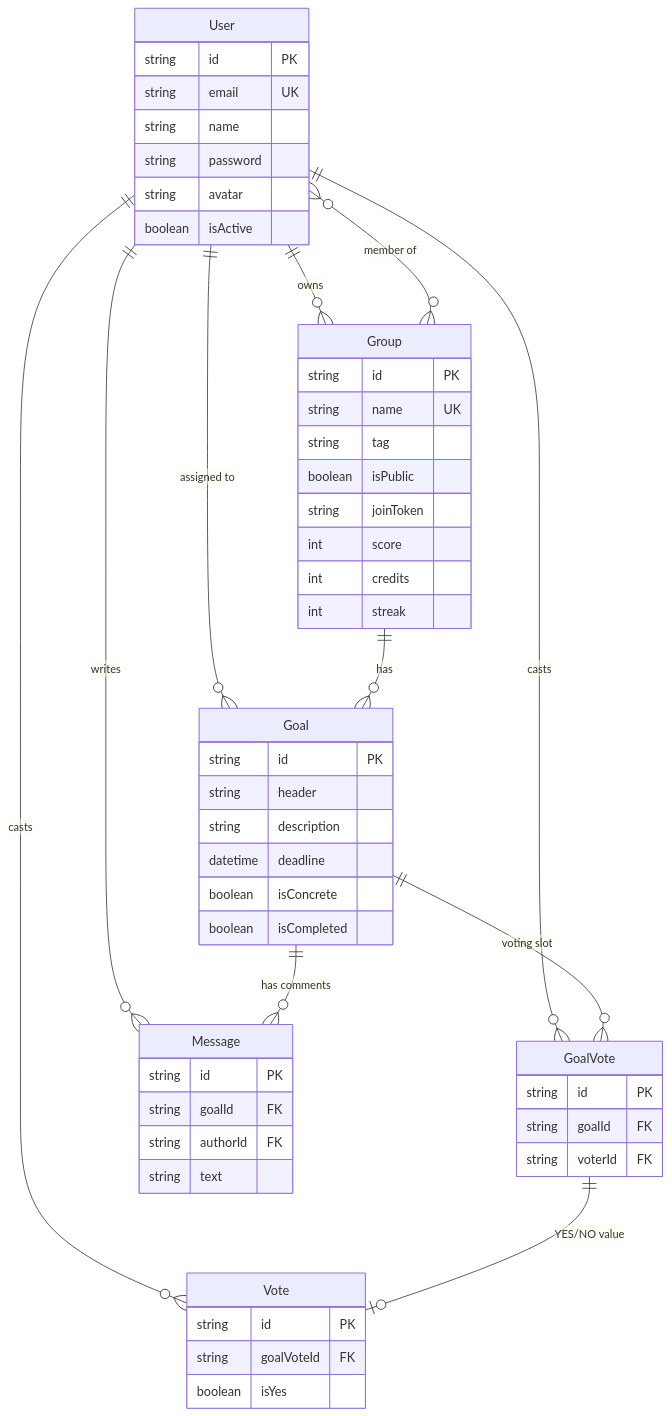
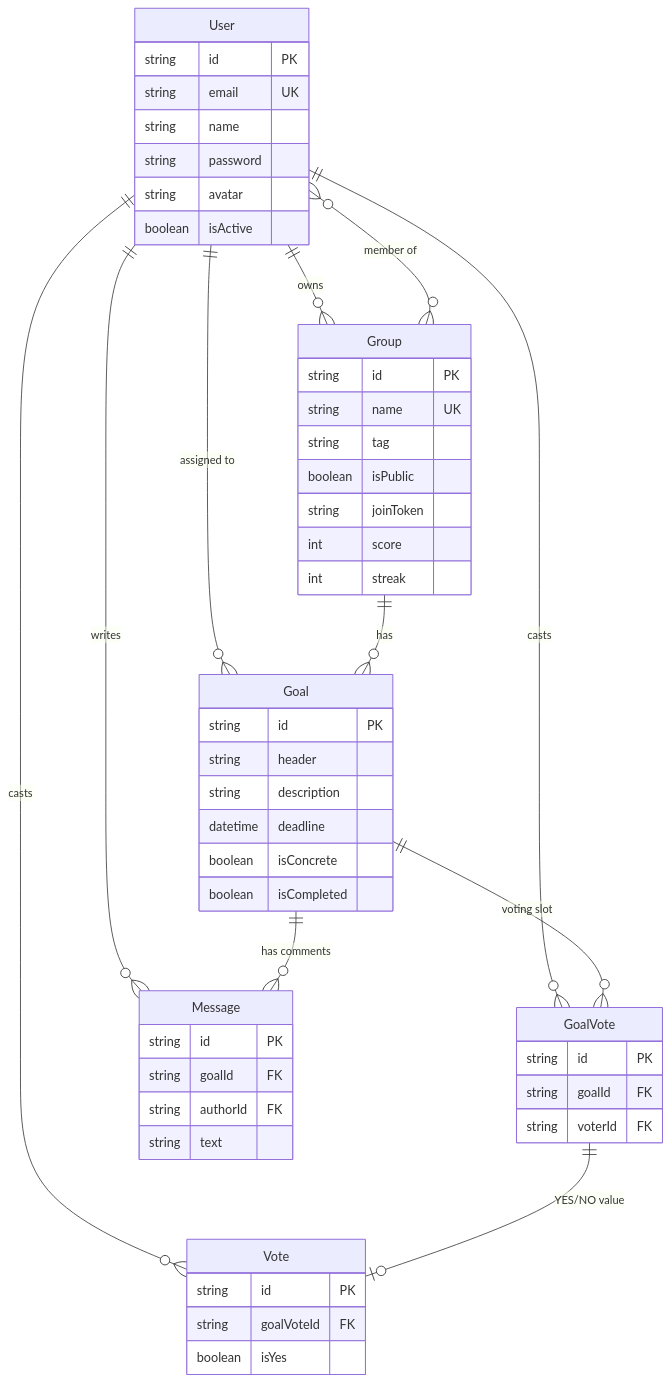
The diagram in docs/domain-model.md (tkt0605/xerovault), drawn with Mermaid before and after one commit. The commit also changed other lines of this file and 8 other files, not shown here.

````diff
--- a/docs/domain-model.md
+++ b/docs/domain-model.md
@@ -5,64 +5,63 @@
 ```mermaid
 erDiagram
     User ||--o{ Group : owns
     User }o--o{ Group : "member of"
     User ||--o{ Goal : "assigned to"
     User ||--o{ GoalVote : casts
     User ||--o{ Vote : casts
     User ||--o{ Message : writes
 
     Group ||--o{ Goal : has
 
     Goal ||--o{ GoalVote : "voting slot"
     Goal ||--o{ Message : "has comments"
 
     GoalVote ||--o| Vote : "YES/NO value"
 
     User {
         string id PK
         string email UK
         string name
         string password
         string avatar
         boolean isActive
     }
 
     Group {
         string id PK
         string name UK
         string tag
         boolean isPublic
         string joinToken
         int score
-        int credits
         int streak
     }
 
     Goal {
         string id PK
         string header
         string description
         datetime deadline
         boolean isConcrete
         boolean isCompleted
     }
 
     GoalVote {
         string id PK
         string goalId FK
         string voterId FK
     }
 
     Vote {
         string id PK
         string goalVoteId FK
         boolean isYes
     }
 
     Message {
         string id PK
         string goalId FK
         string authorId FK
         string text
     }
 ```
````
